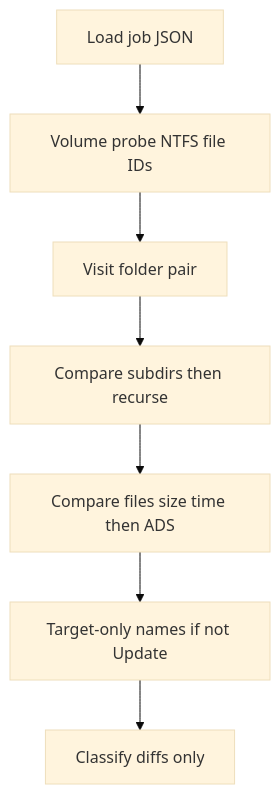
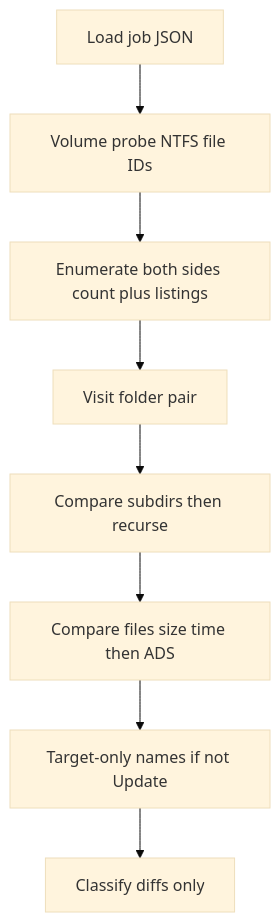
The first of 2 diagrams in docs/COMPARE_AND_SYNC.md (dobrado76/MyFileSync), drawn with Mermaid (base theme) before and after one commit. The commit also changed other lines of this file and 72 other files, not shown here.

````diff
--- a/docs/COMPARE_AND_SYNC.md
+++ b/docs/COMPARE_AND_SYNC.md
@@ -20,12 +20,13 @@
 ```mermaid
 flowchart TD
   loadJob[Load job JSON]
   probe[Volume probe NTFS file IDs]
+  enumerate[Enumerate both sides count plus listings]
   visit[Visit folder pair]
   dirs[Compare subdirs then recurse]
   files[Compare files size time then ADS]
   rightOnly[Target-only names if not Update]
   classify[Classify diffs only]
-  loadJob --> probe --> visit
+  loadJob --> probe --> enumerate --> visit
   visit --> dirs --> files --> rightOnly --> classify
 ```
````
